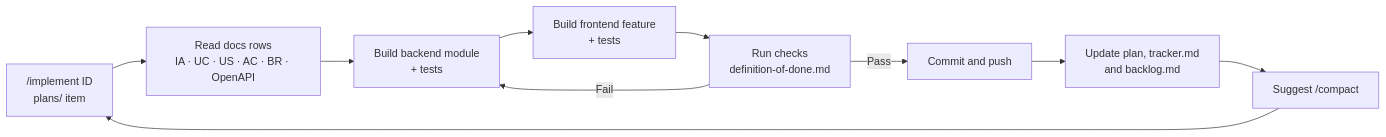
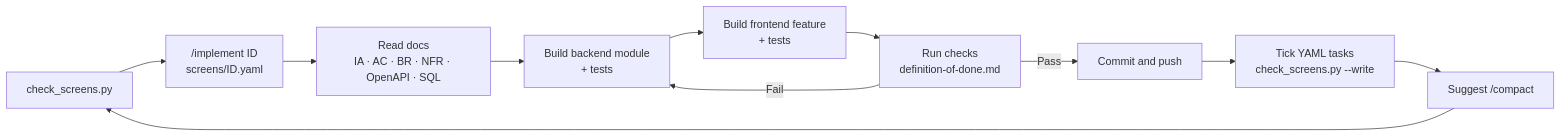
The diagram in project/README.md (DuykoNgu/practise), drawn with Mermaid before and after one commit. The commit also changed other lines of this file and 50 other files, not shown here.

First line of the commit message:
Define build work as one YAML per screen with a sync checker and generated tracker

````diff
--- a/project/README.md
+++ b/project/README.md
@@ -38,12 +39,13 @@
 ```mermaid
 flowchart LR
-    A["/implement ID<br/>plans/ item"] --> B["Read docs rows<br/>IA · UC · US · AC · BR · OpenAPI"]
+    Z["check_screens.py"] --> A["/implement ID<br/>screens/ID.yaml"]
+    A --> B["Read docs<br/>IA · AC · BR · NFR · OpenAPI · SQL"]
     B --> C["Build backend module<br/>+ tests"]
     C --> D["Build frontend feature<br/>+ tests"]
     D --> E["Run checks<br/>definition-of-done.md"]
     E -->|Fail| C
     E -->|Pass| F["Commit and push"]
-    F --> G["Update plan, tracker.md<br/>and backlog.md"]
+    F --> G["Tick YAML tasks<br/>check_screens.py --write"]
     G --> H["Suggest /compact"]
-    H --> A
+    H --> Z
 ```
````
